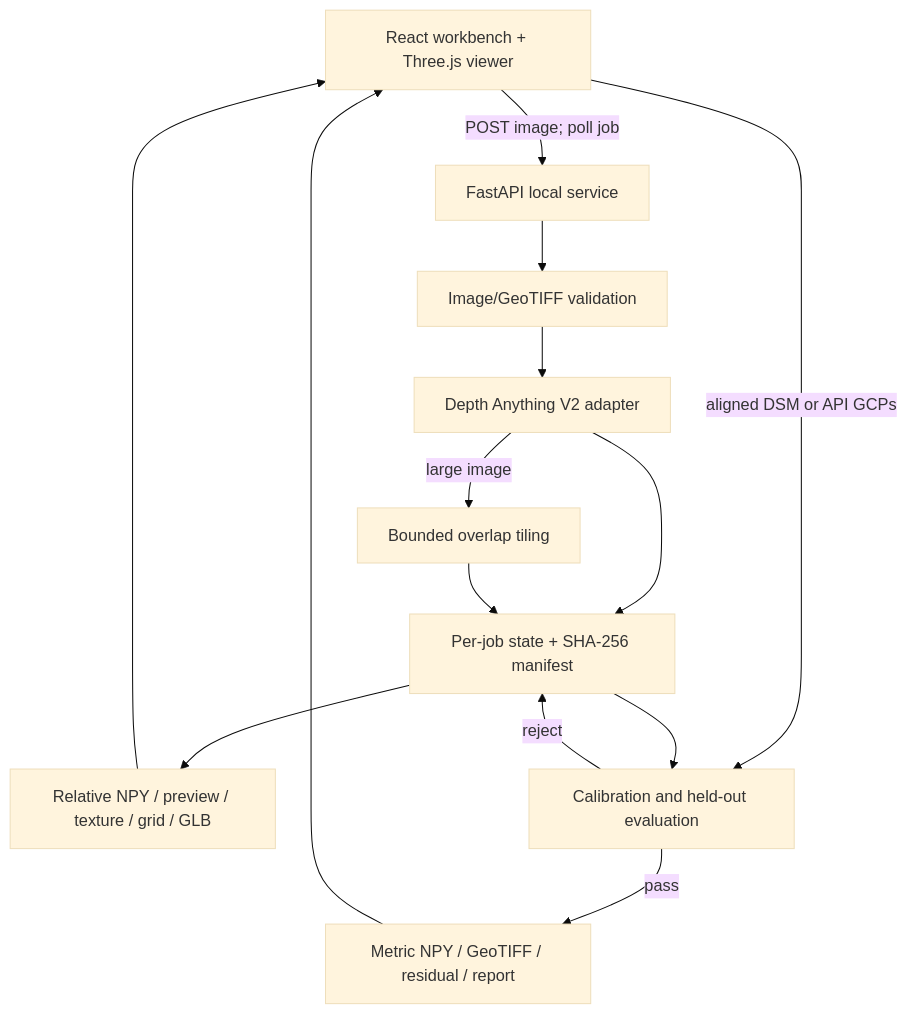
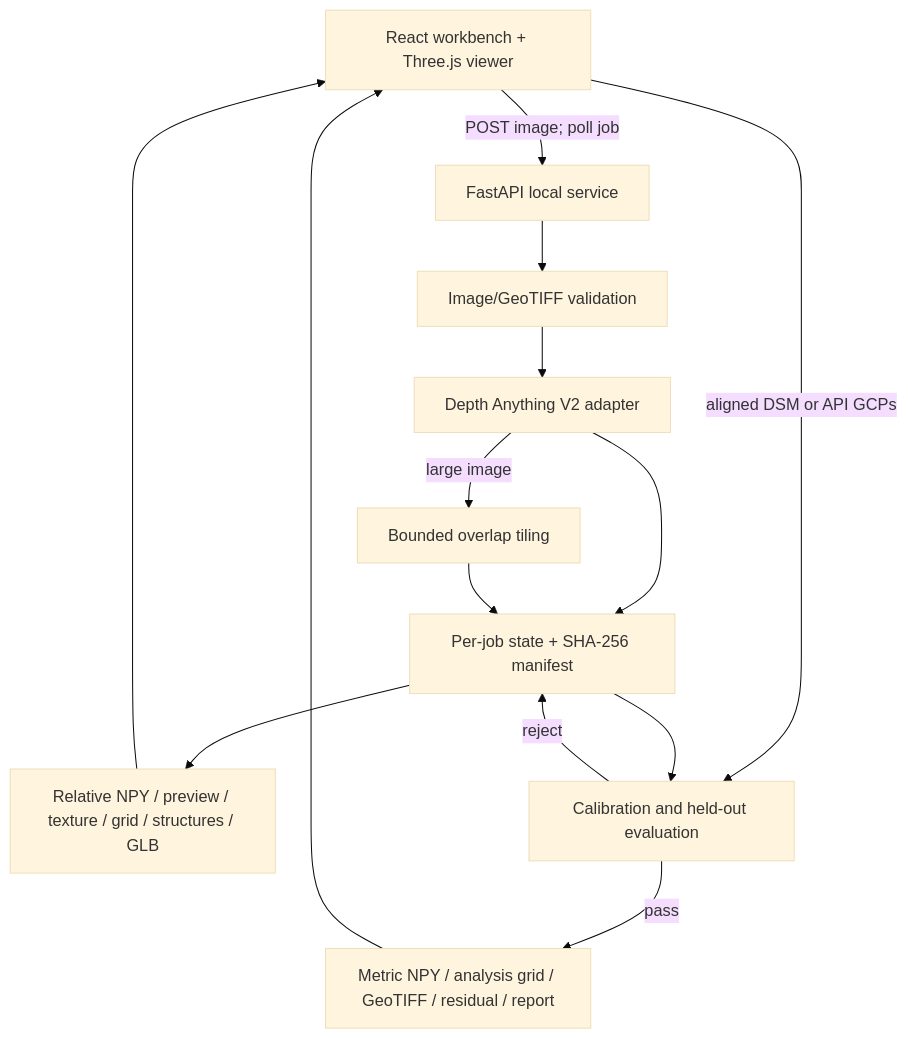
The first of 3 diagrams in docs/ARCHITECTURE.md (khansaudferoz23-cpu/TerraFly), drawn with Mermaid (base theme) before and after one commit. The commit also changed other lines of this file and 29 other files, not shown here.

````diff
--- a/docs/ARCHITECTURE.md
+++ b/docs/ARCHITECTURE.md
@@ -5,23 +5,23 @@
 ```mermaid
 flowchart TB
     UI[React workbench + Three.js viewer]
     API[FastAPI local service]
     SAFE[Image/GeoTIFF validation]
     MODEL[Depth Anything V2 adapter]
     TILE[Bounded overlap tiling]
     JOB[Per-job state + SHA-256 manifest]
-    ART[Relative NPY / preview / texture / grid / GLB]
+    ART[Relative NPY / preview / texture / grid / structures / GLB]
     CAL[Calibration and held-out evaluation]
-    METRIC[Metric NPY / GeoTIFF / residual / report]
+    METRIC[Metric NPY / analysis grid / GeoTIFF / residual / report]
 
     UI -->|POST image; poll job| API
     API --> SAFE --> MODEL
     MODEL -->|large image| TILE
     MODEL --> JOB
     TILE --> JOB
     JOB --> ART --> UI
     UI -->|aligned DSM or API GCPs| CAL
     JOB --> CAL
     CAL -->|reject| JOB
     CAL -->|pass| METRIC --> UI
 ```
````
